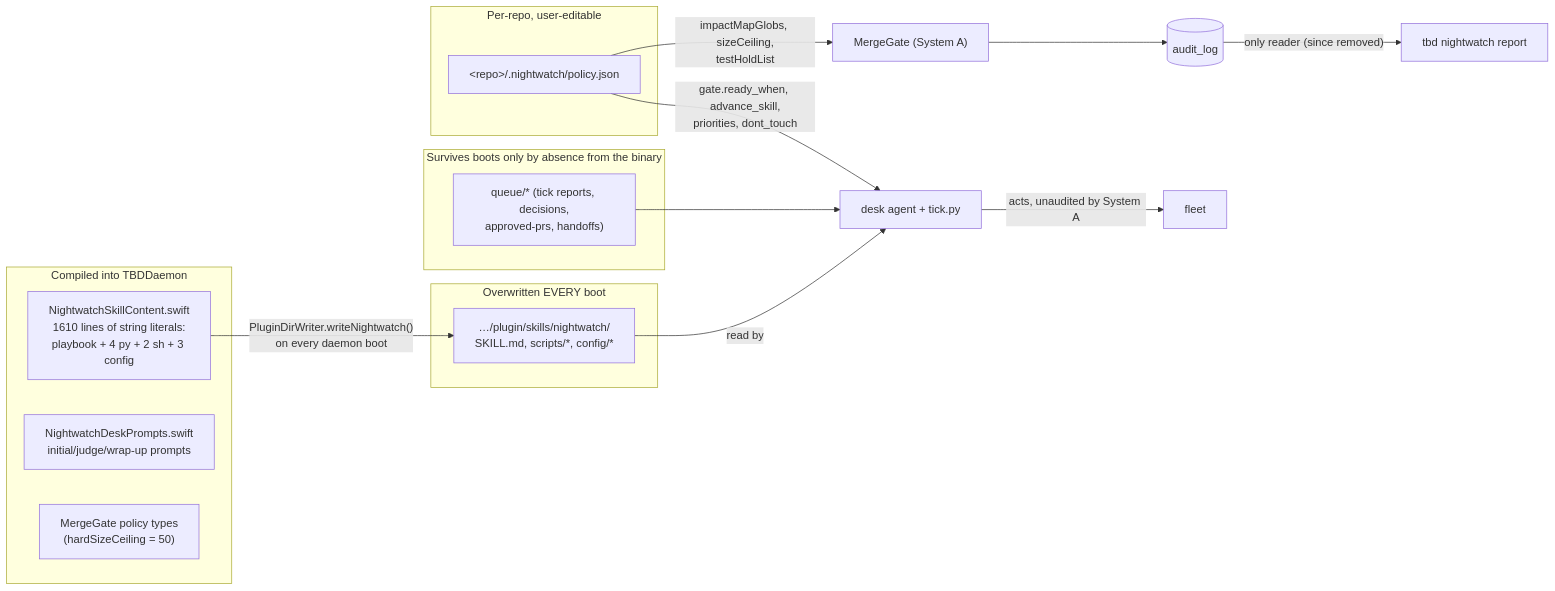
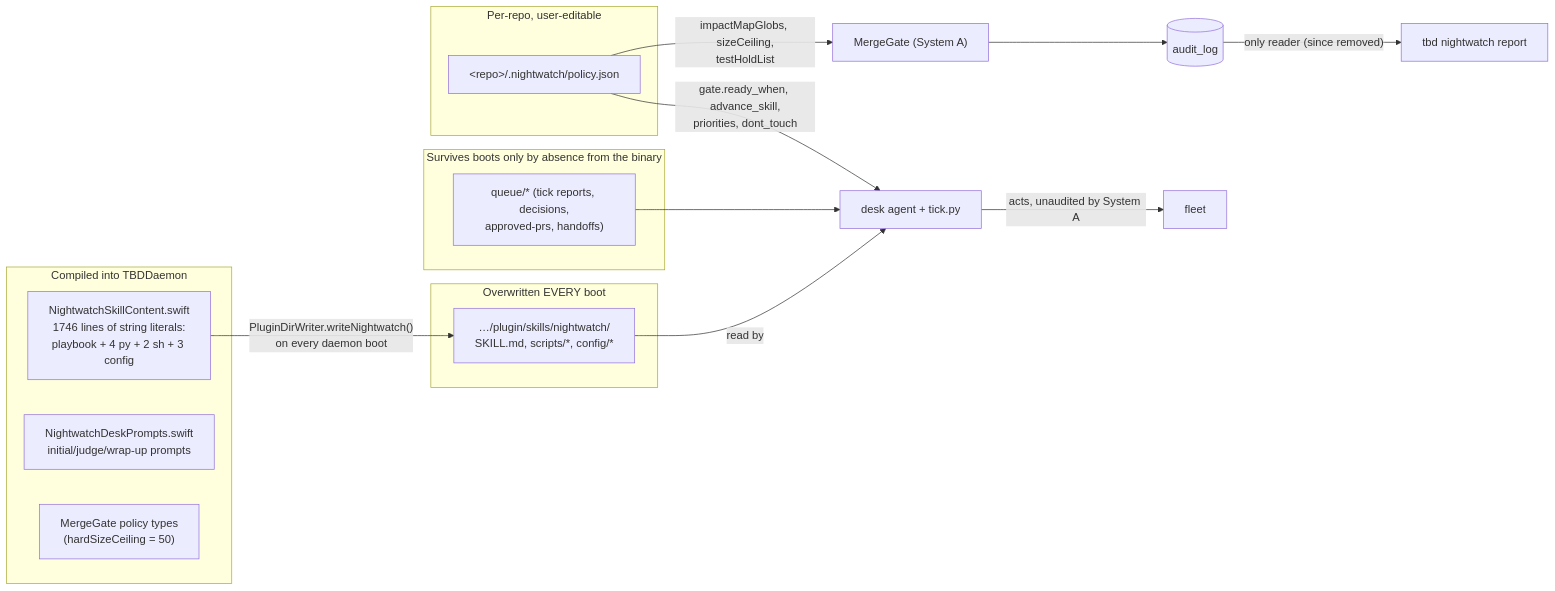
The fourth of 5 diagrams in docs/nightwatch.md (cheapsteak/tbd), drawn with Mermaid before and after one commit. The commit also changed other lines of this file, not shown here.

First line of the commit message:
docs: refresh nightwatch.md citations after the judge-lease merge

````diff
--- a/docs/nightwatch.md
+++ b/docs/nightwatch.md
@@ -238,29 +240,29 @@
 ```mermaid
 flowchart LR
     subgraph binary["Compiled into TBDDaemon"]
-        nsc["NightwatchSkillContent.swift<br/>1610 lines of string literals:<br/>playbook + 4 py + 2 sh + 3 config"]
+        nsc["NightwatchSkillContent.swift<br/>1746 lines of string literals:<br/>playbook + 4 py + 2 sh + 3 config"]
         prompts["NightwatchDeskPrompts.swift<br/>initial/judge/wrap-up prompts"]
         mg["MergeGate policy types<br/>(hardSizeCeiling = 50)"]
     end
 
     subgraph disk["Overwritten EVERY boot"]
         skill["…/plugin/skills/nightwatch/<br/>SKILL.md, scripts/*, config/*"]
     end
 
     subgraph survives["Survives boots only by absence from the binary"]
         queue["queue/* (tick reports, decisions,<br/>approved-prs, handoffs)"]
     end
 
     subgraph perRepo["Per-repo, user-editable"]
         pol["&lt;repo&gt;/.nightwatch/policy.json"]
     end
 
     nsc -->|"PluginDirWriter.writeNightwatch()<br/>on every daemon boot"| skill
     skill -->|"read by"| deskA["desk agent + tick.py"]
     queue --> deskA
     pol -->|"impactMapGlobs, sizeCeiling,<br/>testHoldList"| gateA["MergeGate (System A)"]
     pol -->|"gate.ready_when, advance_skill,<br/>priorities, dont_touch"| deskA
     gateA --> auditT[("audit_log")]
     auditT -->|"only reader (since removed)"| cli["tbd nightwatch report"]
     deskA -->|"acts, unaudited by System A"| fleet2["fleet"]
 ```
````
